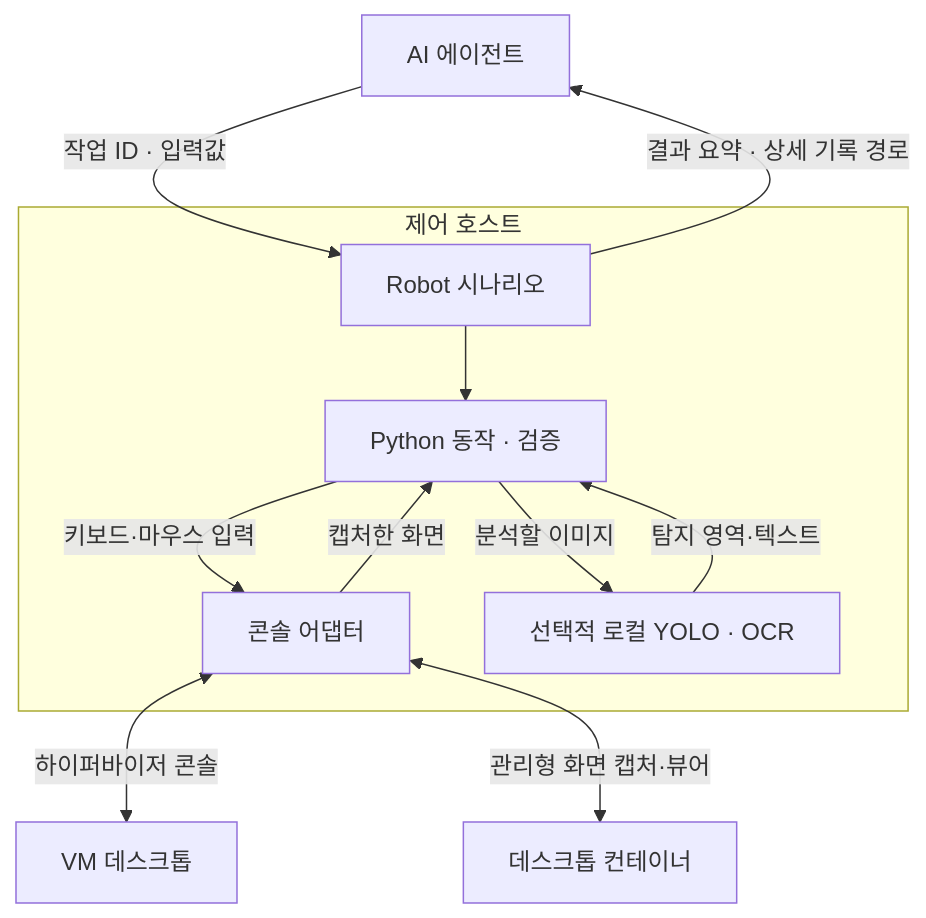
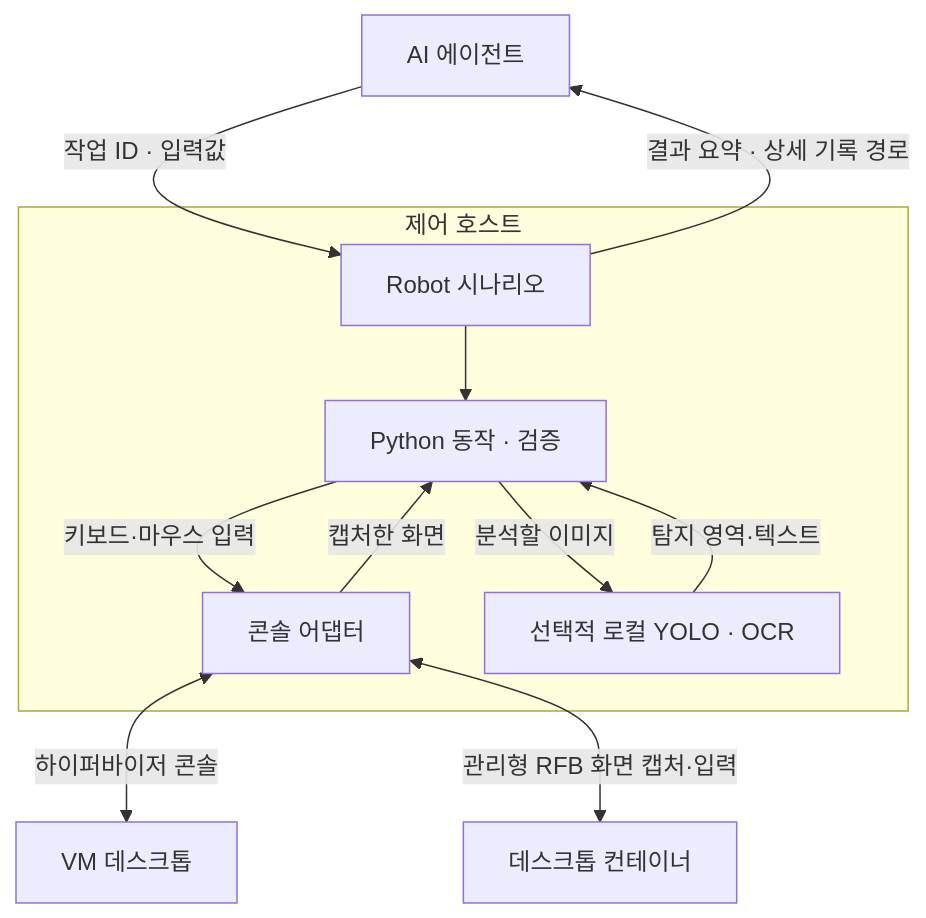
One commit to wayfarer6/vamp-mcp changed the diagram in docs/MCP_ARCHITECTURE.md. Above: the diagram before and after it, drawn with Mermaid. The commit also changed other lines of this file and 12 other files, not shown here.

````diff
--- a/docs/MCP_ARCHITECTURE.md
+++ b/docs/MCP_ARCHITECTURE.md
@@ -9,21 +9,21 @@
 ```mermaid
 flowchart TB
     A["AI 에이전트"]
     subgraph Host ["제어 호스트"]
         R["Robot 시나리오"]
         P["Python 동작 · 검증"]
         B["콘솔 어댑터"]
         O["선택적 로컬 YOLO · OCR"]
         R --> P
         P -->|키보드·마우스 입력| B
         B -->|캡처한 화면| P
         P -->|분석할 이미지| O
         O -->|탐지 영역·텍스트| P
     end
     V["VM 데스크톱"]
     C["데스크톱 컨테이너"]
     A -->|작업 ID · 입력값| R
     R -->|결과 요약 · 상세 기록 경로| A
     B <-->|하이퍼바이저 콘솔| V
-    B <-->|관리형 화면 캡처·뷰어| C
+    B <-->|관리형 RFB 화면 캡처·입력| C
 ```
````
